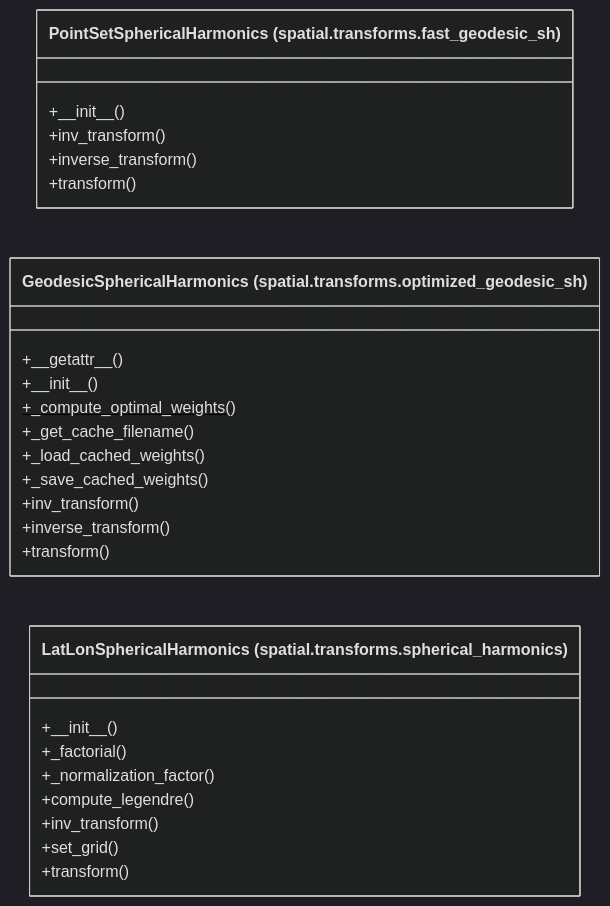
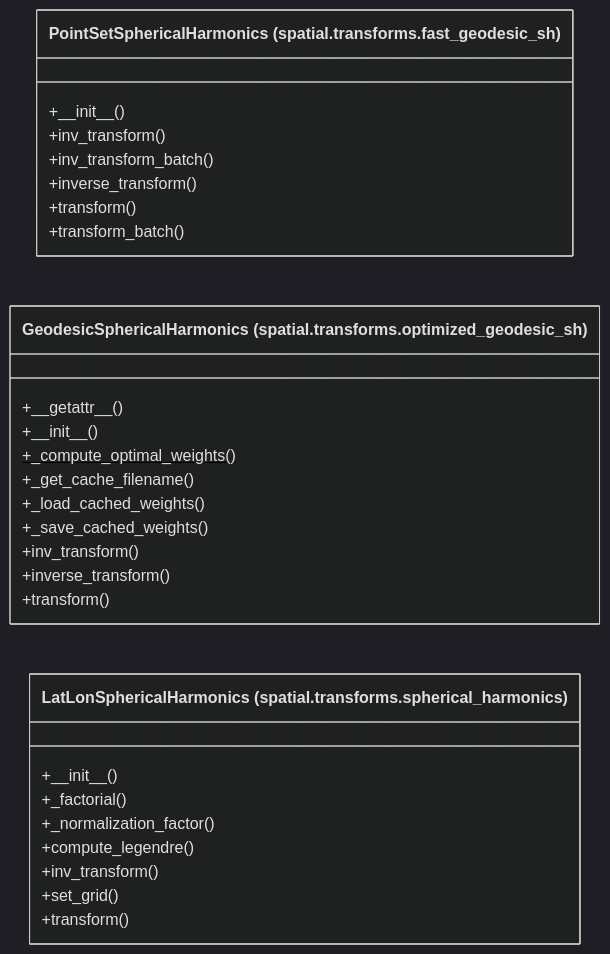
One commit to AlexandreEros/Palintropos changed the diagram in docs/architecture/current/classes/tropoi.spatial.transforms.mmd. Above: the diagram before and after it, drawn with Mermaid (dark theme). The commit also changed 16 other files, not shown here.

```diff
--- a/docs/architecture/current/classes/tropoi.spatial.transforms.mmd
+++ b/docs/architecture/current/classes/tropoi.spatial.transforms.mmd
@@ -1,27 +1,29 @@
 %% Generated by tools.architecture 1.0.0. Do not edit by hand.
 %% All classes defined in package tropoi.spatial.transforms.
 classDiagram
     direction LR
     class c_tropoi_ospatial_otransforms_ofast__geodesic__sh_oPointSetSphericalHarmonics["PointSetSphericalHarmonics (spatial.transforms.fast_geodesic_sh)"]
     c_tropoi_ospatial_otransforms_ofast__geodesic__sh_oPointSetSphericalHarmonics : +#95;#95;init#95;#95;()
     c_tropoi_ospatial_otransforms_ofast__geodesic__sh_oPointSetSphericalHarmonics : +inv#95;transform()
+    c_tropoi_ospatial_otransforms_ofast__geodesic__sh_oPointSetSphericalHarmonics : +inv#95;transform#95;batch()
     c_tropoi_ospatial_otransforms_ofast__geodesic__sh_oPointSetSphericalHarmonics : +inverse#95;transform()
     c_tropoi_ospatial_otransforms_ofast__geodesic__sh_oPointSetSphericalHarmonics : +transform()
+    c_tropoi_ospatial_otransforms_ofast__geodesic__sh_oPointSetSphericalHarmonics : +transform#95;batch()
     class c_tropoi_ospatial_otransforms_ooptimized__geodesic__sh_oGeodesicSphericalHarmonics["GeodesicSphericalHarmonics (spatial.transforms.optimized_geodesic_sh)"]
     c_tropoi_ospatial_otransforms_ooptimized__geodesic__sh_oGeodesicSphericalHarmonics : +#95;#95;getattr#95;#95;()
     c_tropoi_ospatial_otransforms_ooptimized__geodesic__sh_oGeodesicSphericalHarmonics : +#95;#95;init#95;#95;()
     c_tropoi_ospatial_otransforms_ooptimized__geodesic__sh_oGeodesicSphericalHarmonics : +#95;compute#95;optimal#95;weights()$
     c_tropoi_ospatial_otransforms_ooptimized__geodesic__sh_oGeodesicSphericalHarmonics : +#95;get#95;cache#95;filename()
     c_tropoi_ospatial_otransforms_ooptimized__geodesic__sh_oGeodesicSphericalHarmonics : +#95;load#95;cached#95;weights()
     c_tropoi_ospatial_otransforms_ooptimized__geodesic__sh_oGeodesicSphericalHarmonics : +#95;save#95;cached#95;weights()
     c_tropoi_ospatial_otransforms_ooptimized__geodesic__sh_oGeodesicSphericalHarmonics : +inv#95;transform()
     c_tropoi_ospatial_otransforms_ooptimized__geodesic__sh_oGeodesicSphericalHarmonics : +inverse#95;transform()
     c_tropoi_ospatial_otransforms_ooptimized__geodesic__sh_oGeodesicSphericalHarmonics : +transform()
     class c_tropoi_ospatial_otransforms_ospherical__harmonics_oLatLonSphericalHarmonics["LatLonSphericalHarmonics (spatial.transforms.spherical_harmonics)"]
     c_tropoi_ospatial_otransforms_ospherical__harmonics_oLatLonSphericalHarmonics : +#95;#95;init#95;#95;()
     c_tropoi_ospatial_otransforms_ospherical__harmonics_oLatLonSphericalHarmonics : +#95;factorial()
     c_tropoi_ospatial_otransforms_ospherical__harmonics_oLatLonSphericalHarmonics : +#95;normalization#95;factor()
     c_tropoi_ospatial_otransforms_ospherical__harmonics_oLatLonSphericalHarmonics : +compute#95;legendre()
     c_tropoi_ospatial_otransforms_ospherical__harmonics_oLatLonSphericalHarmonics : +inv#95;transform()
     c_tropoi_ospatial_otransforms_ospherical__harmonics_oLatLonSphericalHarmonics : +set#95;grid()
     c_tropoi_ospatial_otransforms_ospherical__harmonics_oLatLonSphericalHarmonics : +transform()
```
